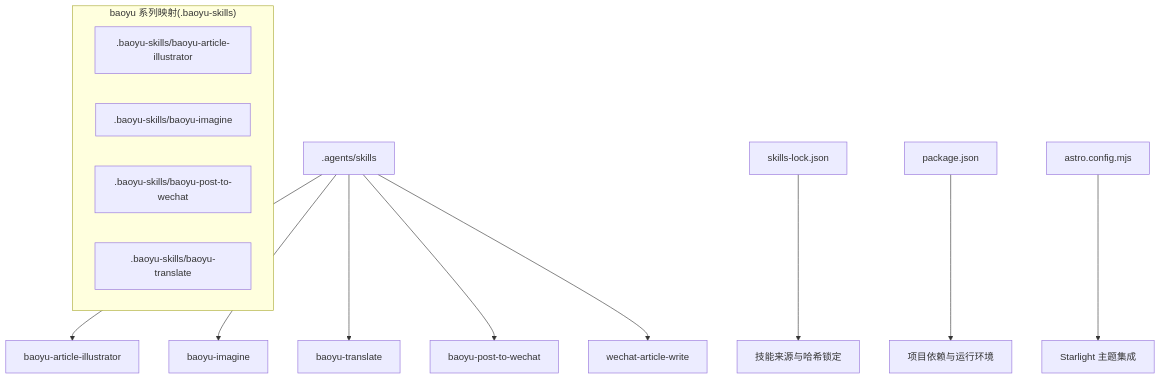
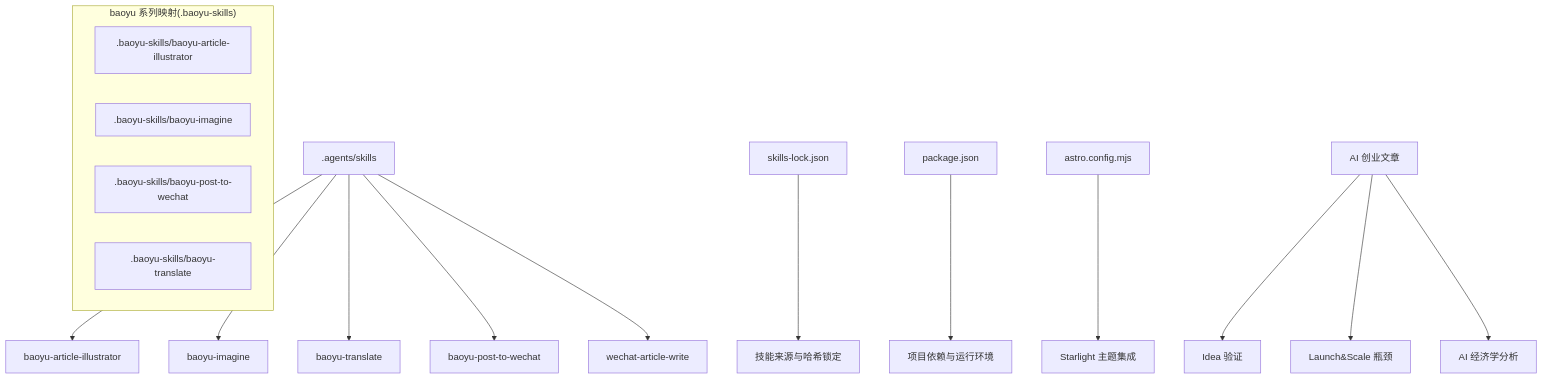
One commit to NTLx/ntlx.github.io changed the first of 8 diagrams in .qoder/repowiki/zh/content/AI 技能系统/AI 技能系统.md. Above: the diagram before and after it, drawn with Mermaid. The commit also changed other lines of this file and 10 other files, not shown here.

````diff
--- a/.qoder/repowiki/zh/content/AI 技能系统/AI 技能系统.md
+++ b/.qoder/repowiki/zh/content/AI 技能系统/AI 技能系统.md
@@ -52,17 +53,20 @@
 ```mermaid
 graph TB
 A[".agents/skills"] --> B["baoyu-article-illustrator"]
 A --> C["baoyu-imagine"]
 A --> D["baoyu-translate"]
 A --> E["baoyu-post-to-wechat"]
 A --> F["wechat-article-write"]
 subgraph "baoyu 系列映射(.baoyu-skills)"
 G[".baoyu-skills/baoyu-article-illustrator"]
 H[".baoyu-skills/baoyu-imagine"]
 I[".baoyu-skills/baoyu-post-to-wechat"]
 J[".baoyu-skills/baoyu-translate"]
 end
 K["skills-lock.json"] --> L["技能来源与哈希锁定"]
 M["package.json"] --> N["项目依赖与运行环境"]
 O["astro.config.mjs"] --> P["Starlight 主题集成"]
+Q["AI 创业文章"] --> R["Idea 验证"]
+Q --> S["Launch&Scale 瓶颈"]
+Q --> T["AI 经济学分析"]
 ```
````
